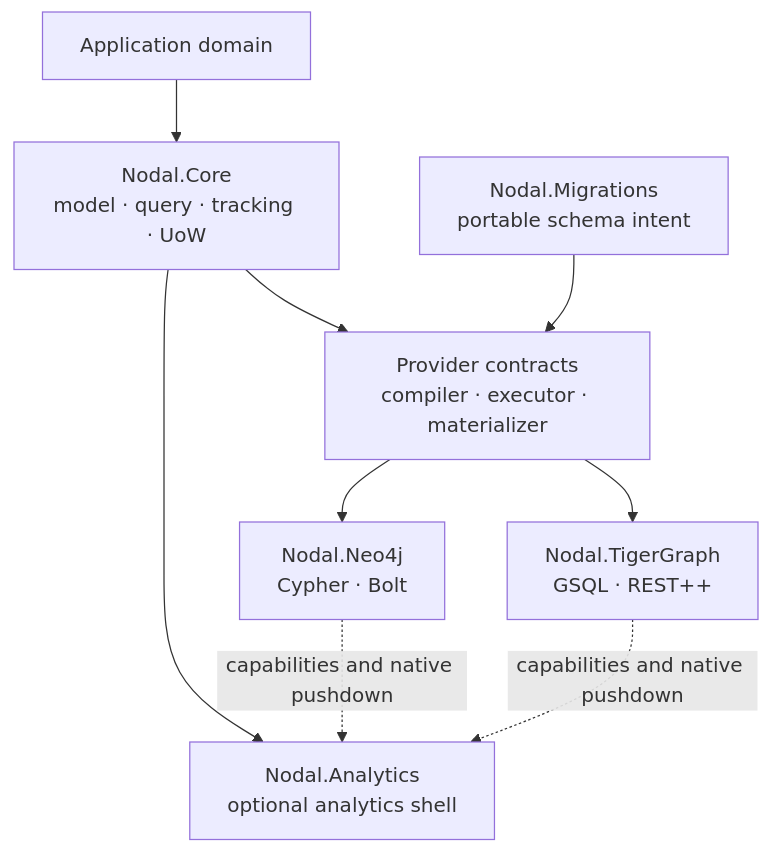
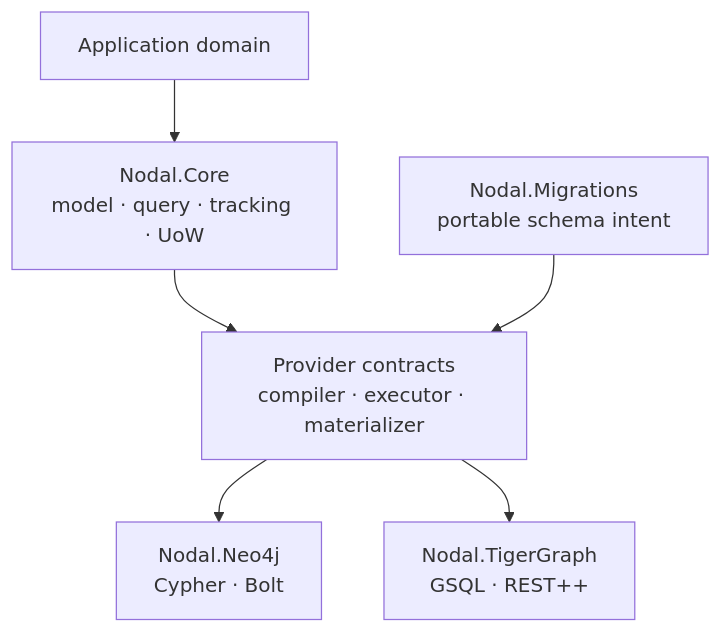
The diagram in website/docs/architecture.md (Greenstone-Research-Lab/NodalFramework), drawn with Mermaid before and after one commit. The commit also changed other lines of this file and 18 other files, not shown here.

````diff
--- a/website/docs/architecture.md
+++ b/website/docs/architecture.md
@@ -8,11 +8,8 @@
 ```mermaid
 flowchart TB
   App["Application domain"] --> Core["Nodal.Core\nmodel · query · tracking · UoW"]
   Core --> Contract["Provider contracts\ncompiler · executor · materializer"]
   Contract --> Neo["Nodal.Neo4j\nCypher · Bolt"]
   Contract --> Tiger["Nodal.TigerGraph\nGSQL · REST++"]
   Migrations["Nodal.Migrations\nportable schema intent"] --> Contract
-  Core --> Pattern["Nodal.Analytics\noptional analytics shell"]
-  Neo -. "capabilities and native pushdown" .-> Pattern
-  Tiger -. "capabilities and native pushdown" .-> Pattern
 ```
````
